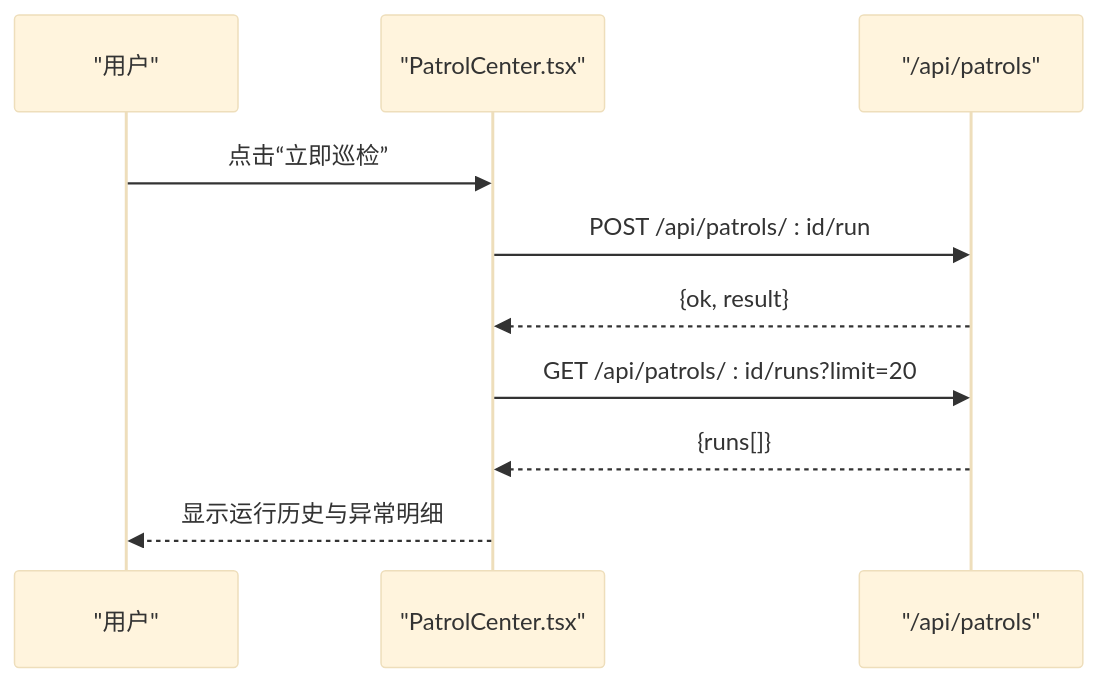
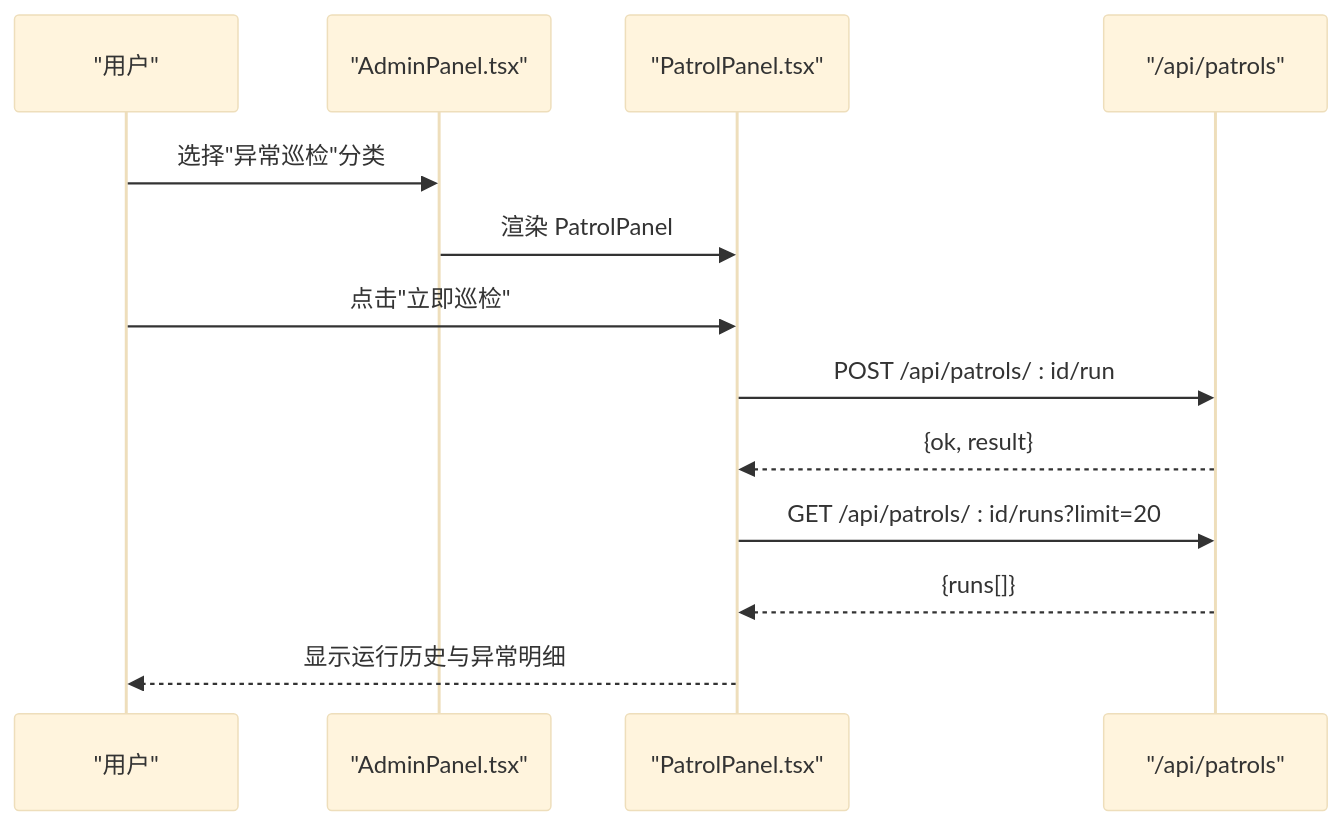
Before and after one commit to dgjin/smart-data-analytics: the fifth of 7 diagrams in .qoder/repowiki/zh/content/后端服务/异常巡逻系统.md, drawn with Mermaid (base theme). The commit also changed other lines of this file and 146 other files, not shown here.

````diff
--- a/.qoder/repowiki/zh/content/后端服务/异常巡逻系统.md
+++ b/.qoder/repowiki/zh/content/后端服务/异常巡逻系统.md
@@ -180,12 +199,15 @@
 ```mermaid
 sequenceDiagram
 participant U as "用户"
-participant P as "PatrolCenter.tsx"
+participant A as "AdminPanel.tsx"
+participant P as "PatrolPanel.tsx"
 participant R as "/api/patrols"
-U->>P : 点击“立即巡检”
+U->>A : 选择"异常巡检"分类
+A->>P : 渲染 PatrolPanel
+U->>P : 点击"立即巡检"
 P->>R : POST /api/patrols/ : id/run
 R-->>P : {ok, result}
 P->>R : GET /api/patrols/ : id/runs?limit=20
 R-->>P : {runs[]}
 P-->>U : 显示运行历史与异常明细
 ```
````
